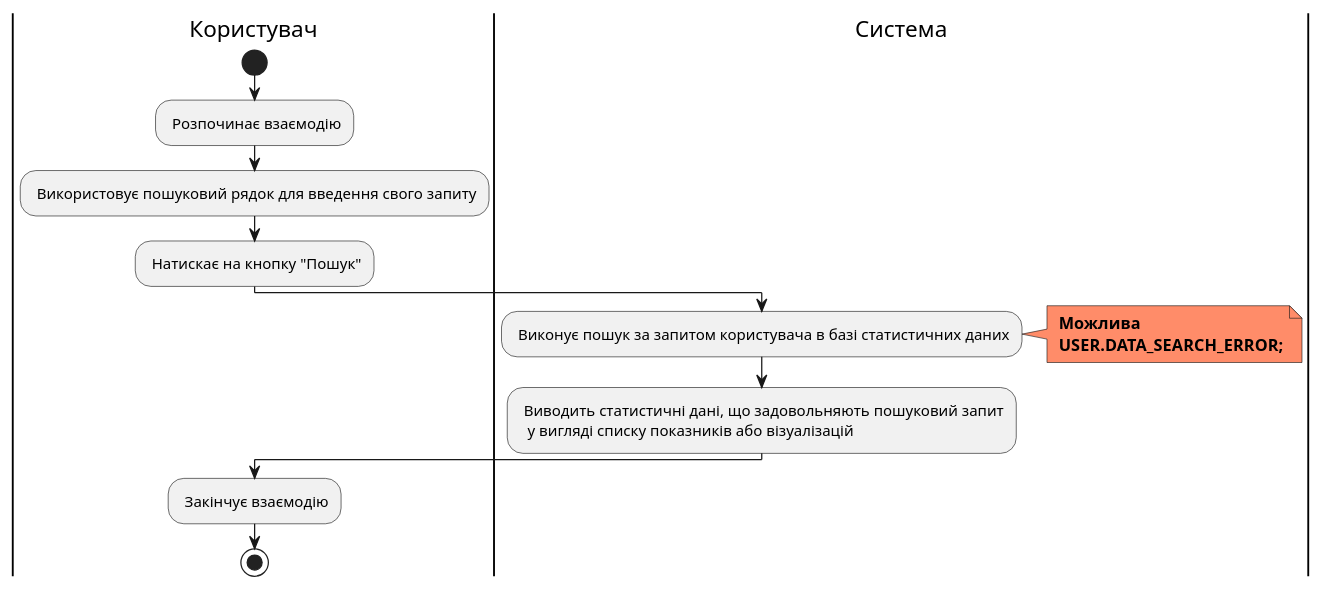
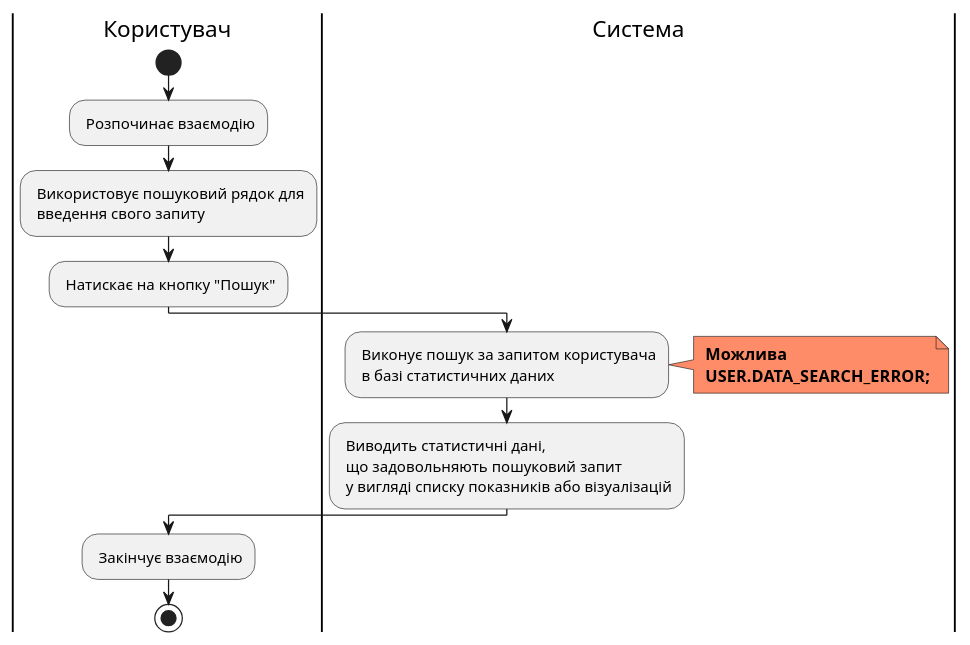
The seventh of 19 diagrams in docs/use cases/README.md (edu-db/edu_db_labs), drawn with PlantUML before and after one commit. The commit also changed other lines of this file, not shown here.

```diff
--- a/docs/use cases/README.md
+++ b/docs/use cases/README.md
@@ -371,23 +371,22 @@
 @startuml
 
 |Користувач|
 start;
 : Розпочинає взаємодію;
-: Використовує пошуковий рядок для введення свого запиту;
+: Використовує пошуковий рядок для\n введення свого запиту;
 : Натискає на кнопку "Пошук";
 
 |Система|
-: Виконує пошук за запитом користувача в базі статистичних даних;
+: Виконує пошук за запитом користувача\n в базі статистичних даних;
 
 note right #ff8c69
 <b> Можлива
 <b> USER.DATA_SEARCH_ERROR;
 end note
 
-: Виводить статистичні дані, що задовольняють пошуковий запит
-  у вигляді списку показників або візуалізацій;
+: Виводить статистичні дані,\n що задовольняють пошуковий запит \n у вигляді списку показників або візуалізацій;
 
 |Користувач|
  : Закінчує взаємодію;
   stop;
 @enduml
```
